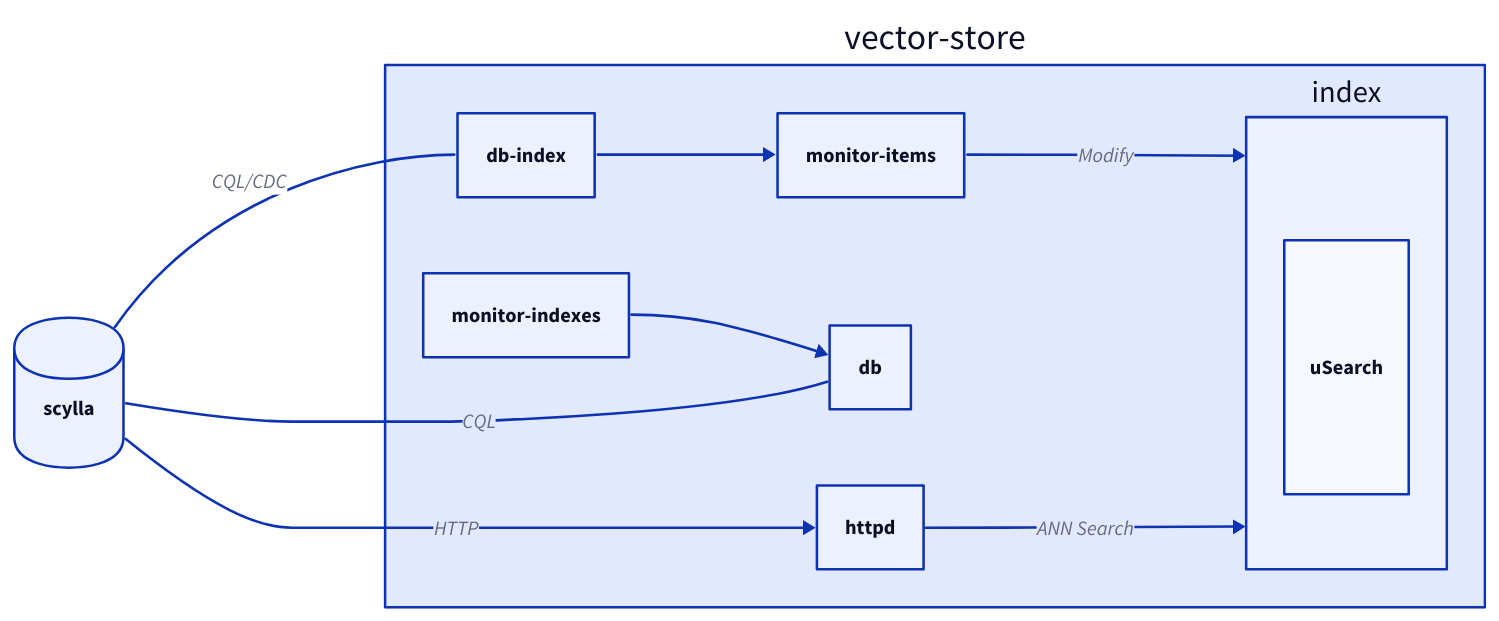
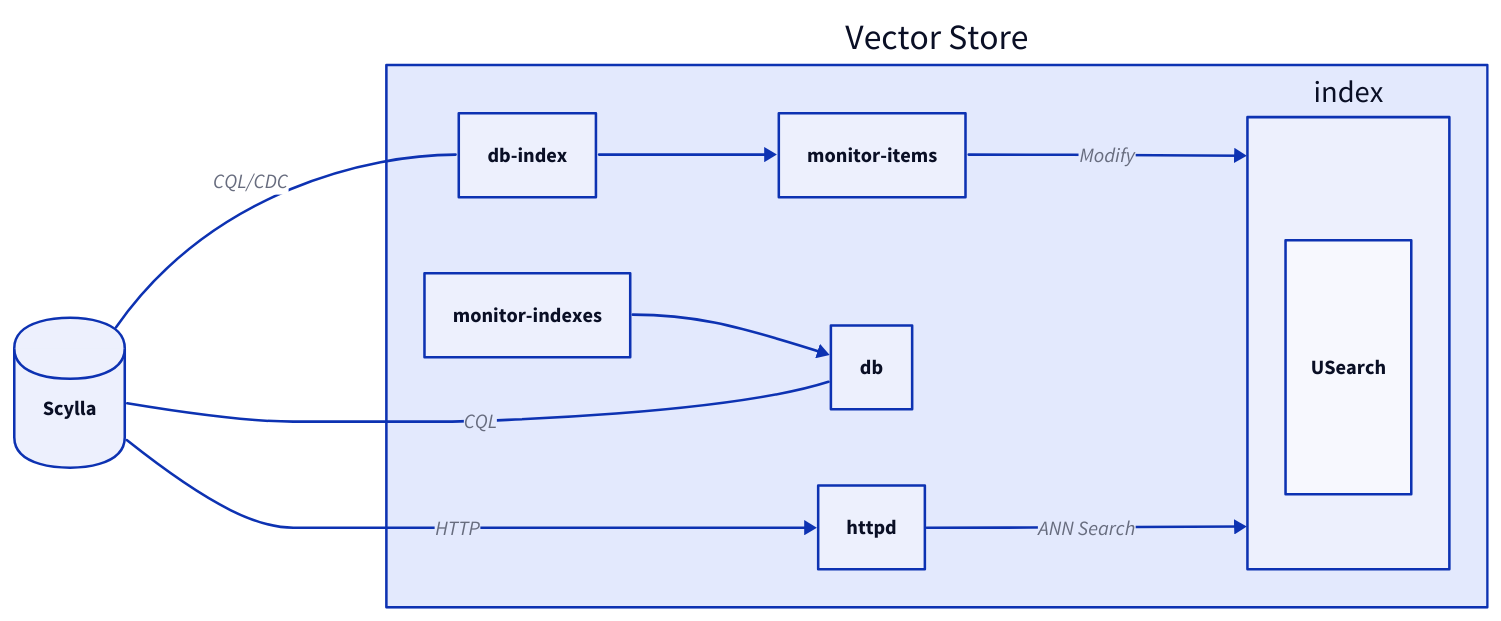
Before and after one commit to ewienik/p99-2025: the diagram in arch-vector-store.d2, drawn with D2. The commit also changed 12 other files, not shown here.

Commit message:
Add big aws for 50k dataset chart

```diff
--- a/arch-vector-store.d2
+++ b/arch-vector-store.d2
@@ -1,34 +1,43 @@
 style: {
   fill: transparent
 }
 
 classes: {
   invisible: {
     style.opacity: 0
     label: a
   }
+  vector-store: {
+    label: "Vector Store"
+  }
+  scylla: {
+    label: "Scylla"
+    shape: cylinder
+  }
 }
 
 direction: right
 
-scylla.shape: cylinder
+scylla.class: scylla
 
 vector-store: {
+  class: vector-Store
+
   httpd
   db-index
   db
   monitor-items
   monitor-indexes
   index: {
-    uSearch.height: 200
+    USearch.height: 200
   }
 
   db <- monitor-indexes
   db-index -> monitor-items
   monitor-items -> index: Modify
   httpd -> index: ANN Search
 }
 
 scylla -- vector-store.db: CQL
 scylla -- vector-store.db-index: CQL/CDC
 scylla -> vector-store.httpd: HTTP
```
